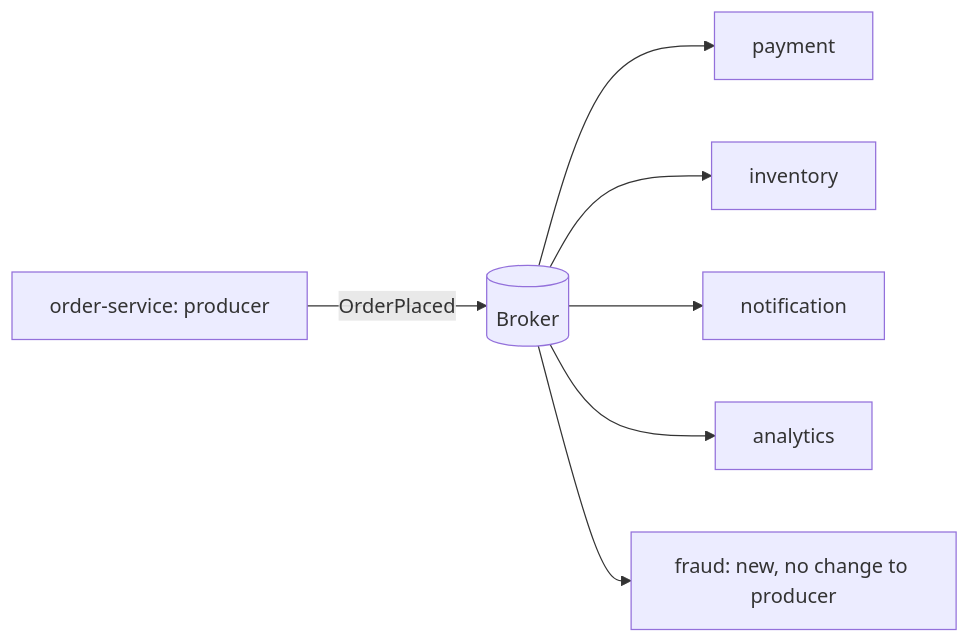
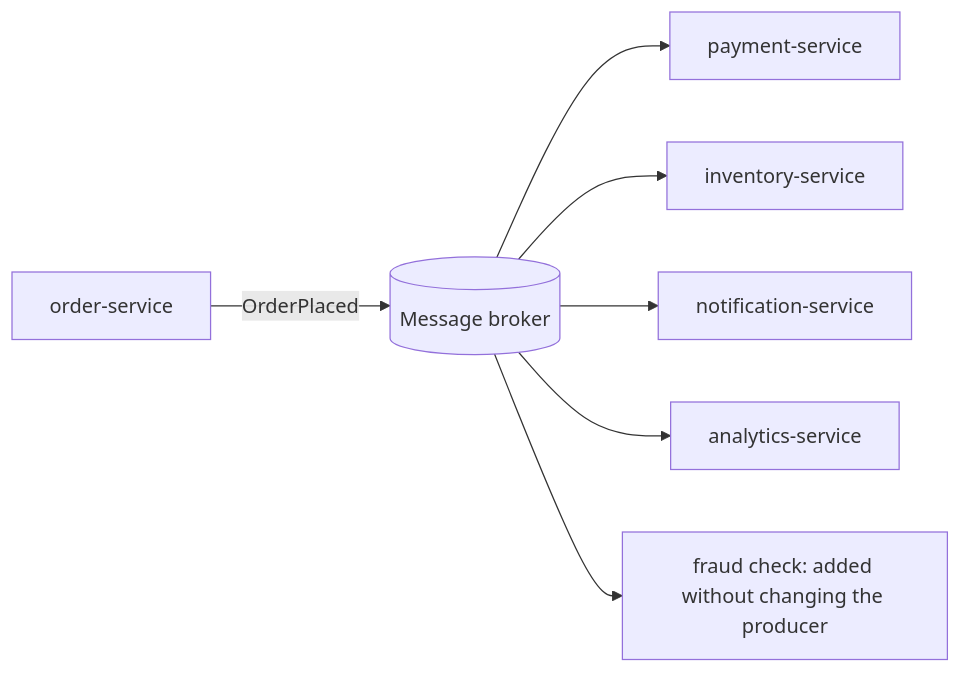
One commit to jubin-techwiz/learning changed the second of 2 diagrams in notes/02-messaging/01-messaging-overview.md. Above: the diagram before and after it, drawn with Mermaid. The commit also changed other lines of this file and 37 other files, not shown here.

````diff
--- a/notes/02-messaging/01-messaging-overview.md
+++ b/notes/02-messaging/01-messaging-overview.md
@@ -43,9 +73,9 @@
 ```mermaid
 flowchart LR
-    O[order-service: producer] -->|OrderPlaced| B[(Broker)]
-    B --> P[payment]
-    B --> I[inventory]
-    B --> N[notification]
-    B --> A[analytics]
-    B --> F[fraud: new, no change to producer]
+    O[order-service] -->|OrderPlaced| B[(Message broker)]
+    B --> P[payment-service]
+    B --> I[inventory-service]
+    B --> N[notification-service]
+    B --> A[analytics-service]
+    B --> F[fraud check: added without changing the producer]
 ```
````
